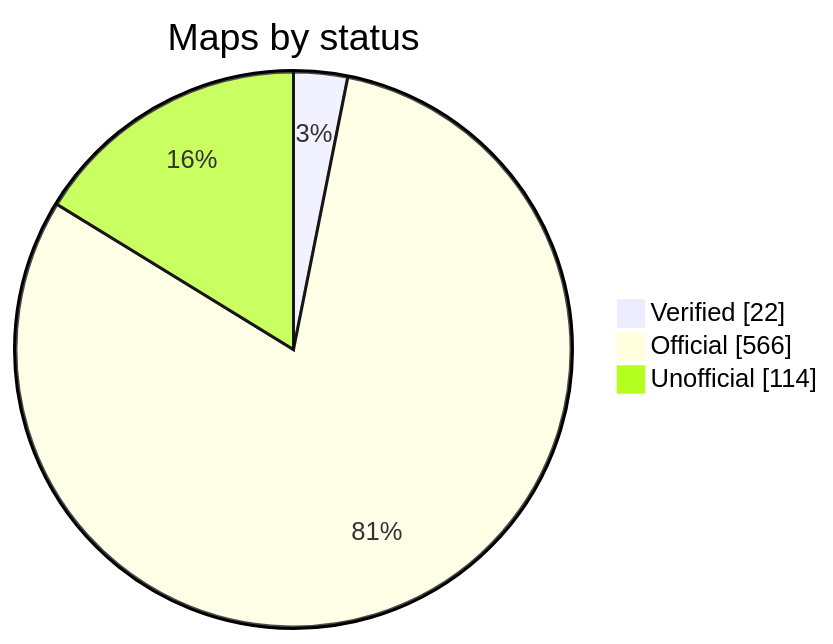
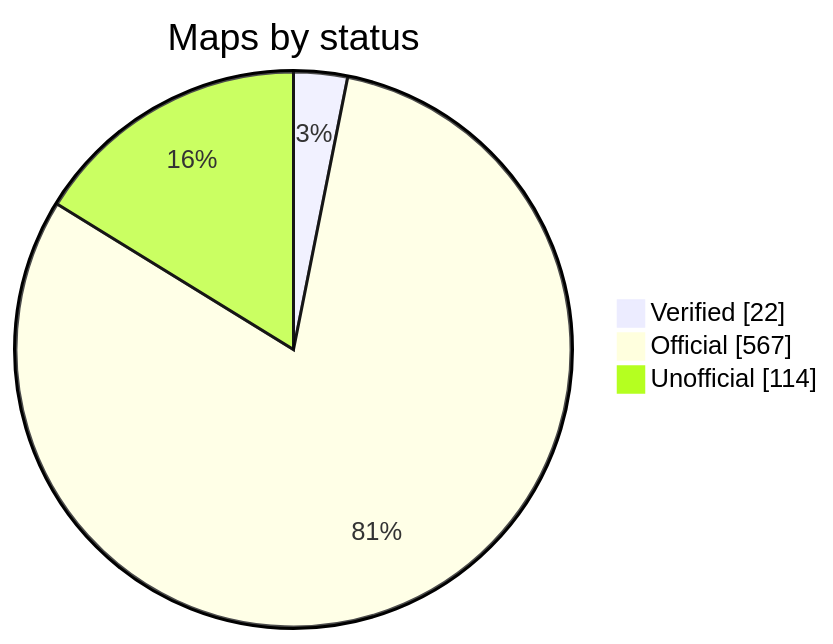
The diagram in README.md (nobrega8/mbmap-library), drawn with Mermaid before and after one commit. The commit also changed 6 other files, not shown here.

````diff
--- a/README.md
+++ b/README.md
@@ -52,7 +52,7 @@
 ```mermaid
 pie showData
     title Maps by status
     "Verified" : 22
-    "Official" : 566
+    "Official" : 567
     "Unofficial" : 114
 ```
````
